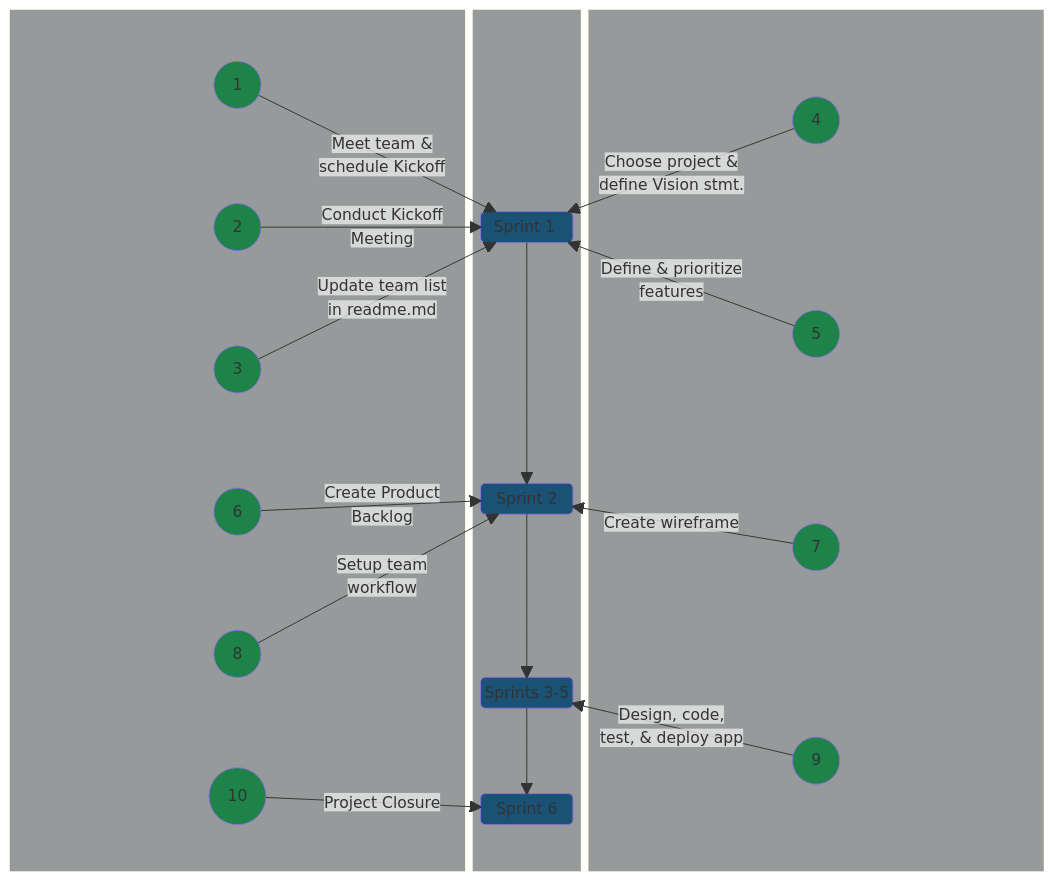
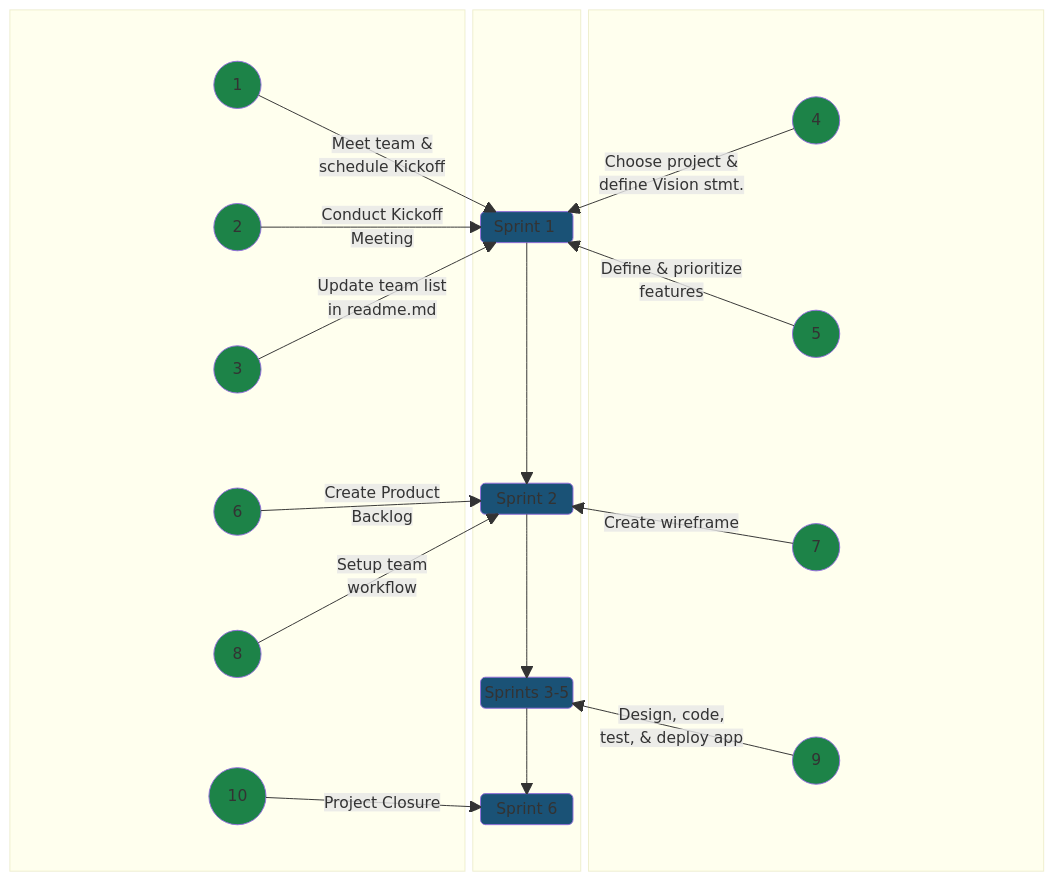
One commit to jdmedlock/mermaid_testing changed the diagram in README.md. Above: the diagram before and after it, drawn with Mermaid.

Commit message:
Feature: Recreate linear sprint diagram

````diff
--- a/README.md
+++ b/README.md
@@ -4,80 +4,80 @@
 ```mermaid
   block-beta
     columns 9
     block:LEFT:4
       columns 1
       A1(("&nbsp;&nbsp; 1 &nbsp;&nbsp;"))
       A2(("&nbsp;&nbsp; 2 &nbsp;&nbsp;"))
       A3(("&nbsp;&nbsp; 3 &nbsp;&nbsp;"))
       A6(("&nbsp;&nbsp; 6 &nbsp;&nbsp;"))
       A8(("&nbsp;&nbsp; 8 &nbsp;&nbsp;"))
       A10(("&nbsp;&nbsp; 10 &nbsp;&nbsp;"))
     end
     
     block:CENTER:1
       columns 1
       space
       space
       space
       space
       space
       SPRINT1("Sprint 1&nbsp;")
       space
       space
       space
       space
       space
       space
       SPRINT2("Sprint 2")
       space
       space
       space
       space
       SPRINT35("Sprints 3-5")
       space
       space
       SPRINT6("Sprint 6")
       space
     end
     
     block:RIGHT:4
       columns 1
       A4(("&nbsp;&nbsp; 4 &nbsp;&nbsp;"))
       A5(("&nbsp;&nbsp; 5 &nbsp;&nbsp;"))
       A7(("&nbsp;&nbsp; 7 &nbsp;&nbsp;"))
       A9(("&nbsp;&nbsp; 9 &nbsp;&nbsp;"))
     end
 
     SPRINT1 --> SPRINT2
     SPRINT2 --> SPRINT35
     SPRINT35 --> SPRINT6
 
     A1 -- "Meet team &</br>schedule Kickoff" --> SPRINT1
     A2 -- "Conduct Kickoff</br>Meeting" --> SPRINT1
     A3 -- "Update team list</br>in readme.md" --> SPRINT1
     A4 -- "Choose project &</br>define Vision stmt." --> SPRINT1
     A5 -- "Define & prioritize</br>features" --> SPRINT1
     A6 -- "Create Product</br>Backlog" --> SPRINT2
     A7 -- "Create wireframe" --> SPRINT2
     A8 -- "Setup team</br>workflow" --> SPRINT2
     A9 -- "Design, code,</br>test, & deploy app" --> SPRINT35
     A10 -- "Project Closure" --> SPRINT6
 
-    style LEFT fill:#979a9a
-    style CENTER fill:#979a9a
-    style RIGHT fill:#979a9a
+    style LEFT fill:##d4ac0d
+    style CENTER fill:##d4ac0d
+    style RIGHT fill:##d4ac0d
     style A1 fill:#1d8348
     style A2 fill:#1d8348
     style A3 fill:#1d8348
     style A4 fill:#1d8348
     style A5 fill:#1d8348
     style A6 fill:#1d8348
     style A7 fill:#1d8348
     style A8 fill:#1d8348
     style A9 fill:#1d8348
     style A10 fill:#1d8348
     style SPRINT1 fill:#1a5276
     style SPRINT2 fill:#1a5276
     style SPRINT35 fill:#1a5276
     style SPRINT6 fill:#1a5276
 ```
````
